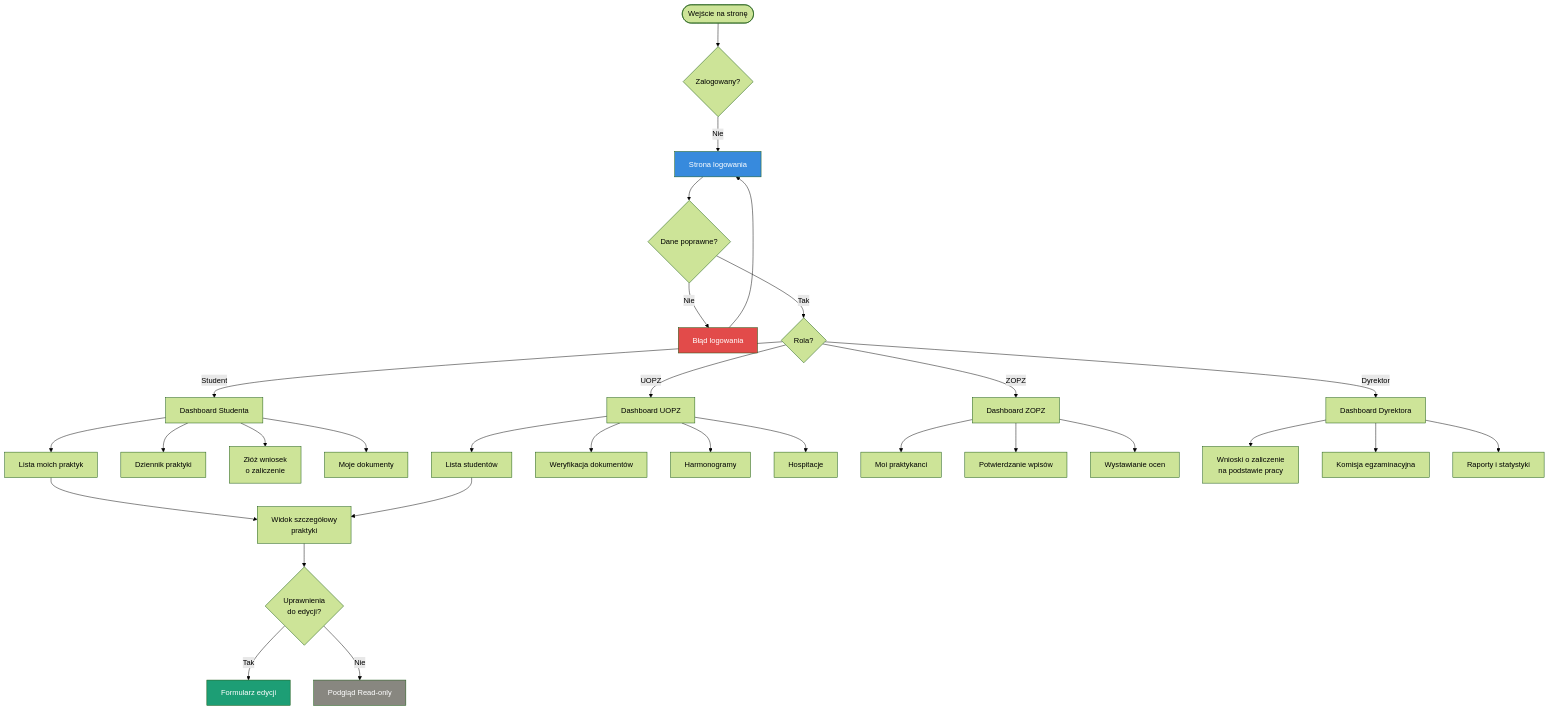
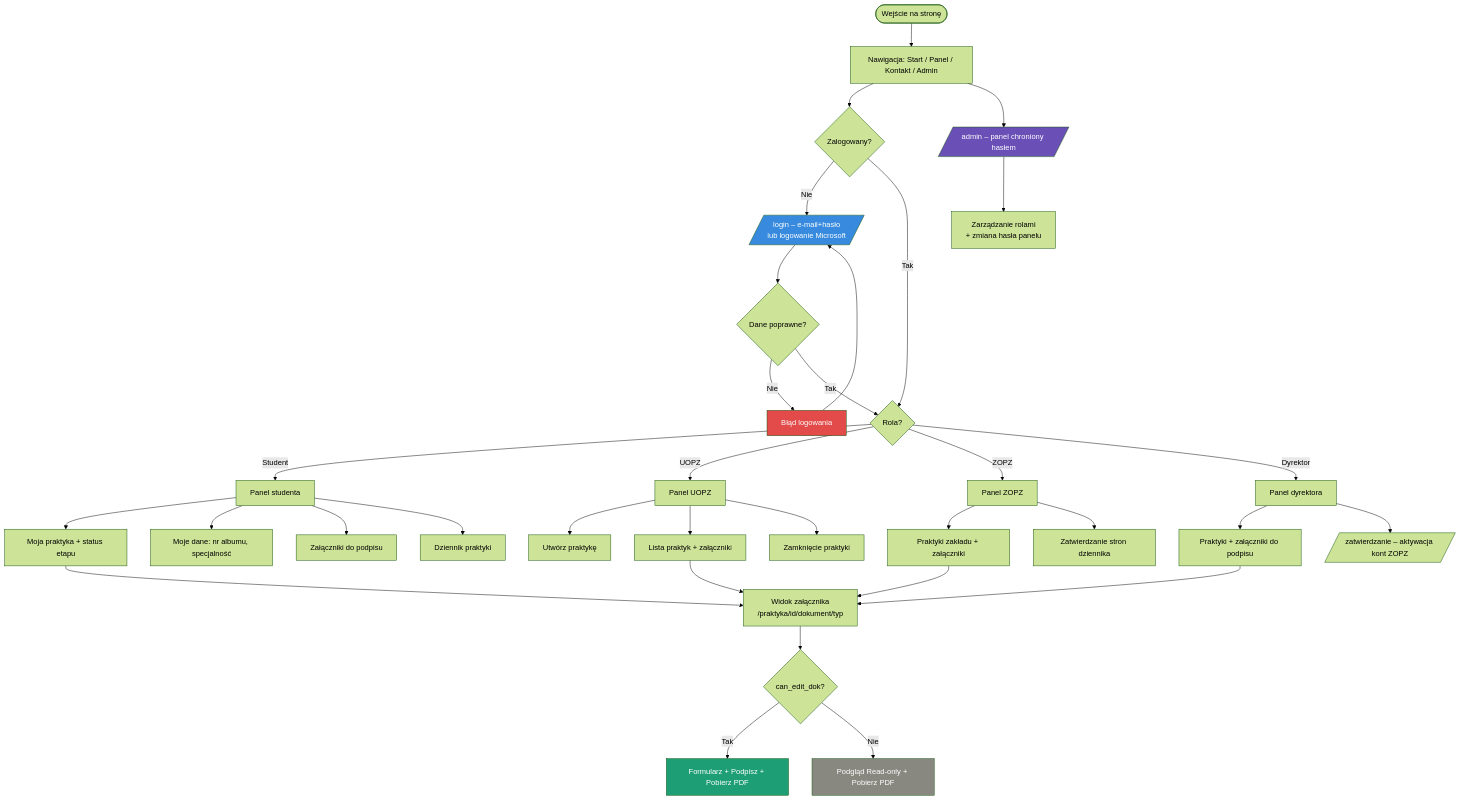
One commit to Adek2k4/adpz_ans changed the diagram in Dokumentacja/Diagramy/Interfejs - nawigacja i widoki.txt.md. Above: the diagram before and after it, drawn with Mermaid (forest theme). The commit also changed other lines of this file and 15 other files, not shown here.

Commit message:
Aktualizacja dokumentacji - baza danych i diagramy

````diff
--- a/Dokumentacja/Diagramy/Interfejs - nawigacja i widoki.txt.md
+++ b/Dokumentacja/Diagramy/Interfejs - nawigacja i widoki.txt.md
@@ -1,44 +1,50 @@
 ```mermaid
 flowchart TD
-    START([Wejście na stronę]) --> AUTH{Zalogowany?}
-    AUTH -- Nie --> LOGIN[Strona logowania]
+    START([Wejście na stronę]) --> NAV[Nawigacja: Start / Panel / Kontakt / Admin]
+    NAV --> AUTH{Zalogowany?}
+
+    AUTH -- Nie --> LOGIN[/login – e-mail+hasło\nlub logowanie Microsoft/]
     LOGIN --> CRED{Dane poprawne?}
     CRED -- Nie --> ERR1[Błąd logowania]
     ERR1 --> LOGIN
     CRED -- Tak --> ROLE{Rola?}
 
-    ROLE -- Student --> DS[Dashboard Studenta]
-    ROLE -- UOPZ --> DU[Dashboard UOPZ]
-    ROLE -- ZOPZ --> DZ[Dashboard ZOPZ]
-    ROLE -- Dyrektor --> DD[Dashboard Dyrektora]
+    AUTH -- Tak --> ROLE
 
-    DS --> DS1[Lista moich praktyk]
-    DS --> DS2[Dziennik praktyki]
-    DS --> DS3[Złóż wniosek\no zaliczenie]
-    DS --> DS4[Moje dokumenty]
+    ROLE -- Student --> DS[Panel studenta]
+    ROLE -- UOPZ --> DU[Panel UOPZ]
+    ROLE -- ZOPZ --> DZ[Panel ZOPZ]
+    ROLE -- Dyrektor --> DD[Panel dyrektora]
 
-    DU --> DU1[Lista studentów]
-    DU --> DU2[Weryfikacja dokumentów]
-    DU --> DU3[Harmonogramy]
-    DU --> DU4[Hospitacje]
+    DS --> DS1[Moja praktyka + status etapu]
+    DS --> DS2[Moje dane: nr albumu, specjalność]
+    DS --> DS3[Załączniki do podpisu]
+    DS --> DS4[Dziennik praktyki]
 
-    DZ --> DZ1[Moi praktykanci]
-    DZ --> DZ2[Potwierdzanie wpisów]
-    DZ --> DZ3[Wystawianie ocen]
+    DU --> DU1[Utwórz praktykę]
+    DU --> DU2[Lista praktyk + załączniki]
+    DU --> DU3[Zamknięcie praktyki]
 
-    DD --> DD1[Wnioski o zaliczenie\nna podstawie pracy]
-    DD --> DD2[Komisja egzaminacyjna]
-    DD --> DD3[Raporty i statystyki]
+    DZ --> DZ1[Praktyki zakładu + załączniki]
+    DZ --> DZ2[Zatwierdzanie stron dziennika]
 
-    DS1 --> DETAIL[Widok szczegółowy\npraktyki]
-    DU1 --> DETAIL
-    DETAIL --> EDIT{Uprawnienia\ndo edycji?}
-    EDIT -- Tak --> FORM[Formularz edycji]
-    EDIT -- Nie --> READONLY[Podgląd Read-only]
+    DD --> DD1[Praktyki + załączniki do podpisu]
+    DD --> DD2[/zatwierdzanie – aktywacja kont ZOPZ/]
+
+    DS1 --> DOC[Widok załącznika\n/praktyka/id/dokument/typ]
+    DU2 --> DOC
+    DZ1 --> DOC
+    DD1 --> DOC
+    DOC --> EDIT{can_edit_dok?}
+    EDIT -- Tak --> FORM[Formularz + Podpisz + Pobierz PDF]
+    EDIT -- Nie --> READONLY[Podgląd Read-only + Pobierz PDF]
+
+    NAV --> ADMIN[/admin – panel chroniony hasłem/]
+    ADMIN --> ADMINP[Zarządzanie rolami\n+ zmiana hasła panelu]
 
     style LOGIN fill:#378ADD,color:#fff
     style ERR1 fill:#E24B4A,color:#fff
     style FORM fill:#1D9E75,color:#fff
     style READONLY fill:#888780,color:#fff
-
+    style ADMIN fill:#6A4FB6,color:#fff
 ```
````
